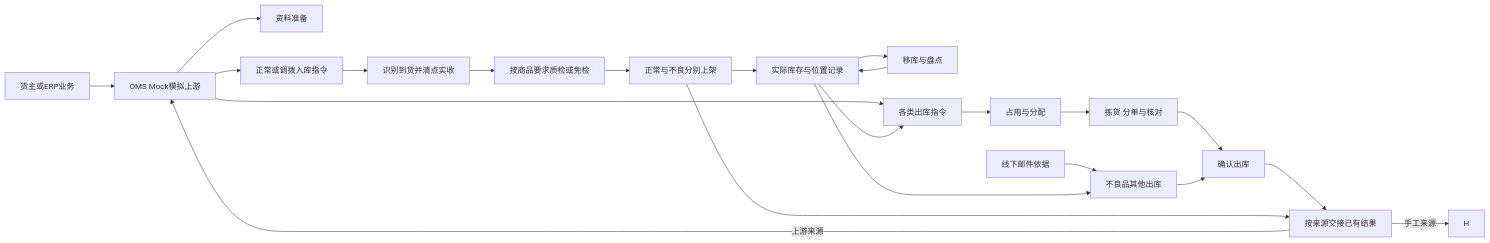
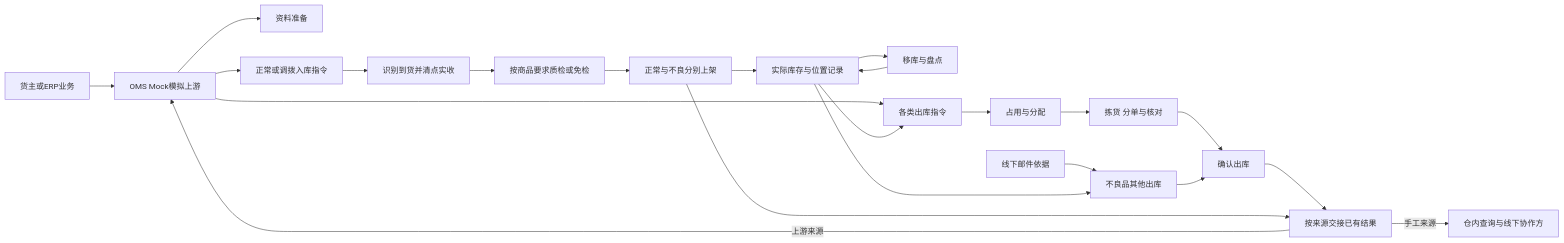
Before and after one commit to TopVitamin/QS-WMS-Project: the diagram in 04-业务分析和设计/00-业务蓝图.md, drawn with Mermaid. The commit also changed other lines of this file and 82 other files, not shown here.

````diff
--- a/04-业务分析和设计/00-业务蓝图.md
+++ b/04-业务分析和设计/00-业务蓝图.md
@@ -67,24 +67,24 @@
 ```mermaid
 flowchart LR
     U[货主或ERP业务] --> M[OMS Mock模拟上游]
     M --> P[资料准备]
     M --> I[正常或调拨入库指令]
     I --> R[识别到货并清点实收]
     R --> Q[按商品要求质检或免检]
     Q --> S[正常与不良分别上架]
     S --> K[实际库存与位置记录]
     K --> N[移库与盘点]
     N --> K
     M --> O[各类出库指令]
     E[线下邮件依据] --> D[不良品其他出库]
     K --> O
     O --> A[占用与分配]
     A --> B[拣货 分单与核对]
     B --> C[确认出库]
     K --> D
     D --> C
     C --> F[按来源交接已有结果]
     S --> F
     F -->|上游来源| M
-    F -->|手工来源| H
+    F -->|手工来源| H[仓内查询与线下协作方]
 ```
````
